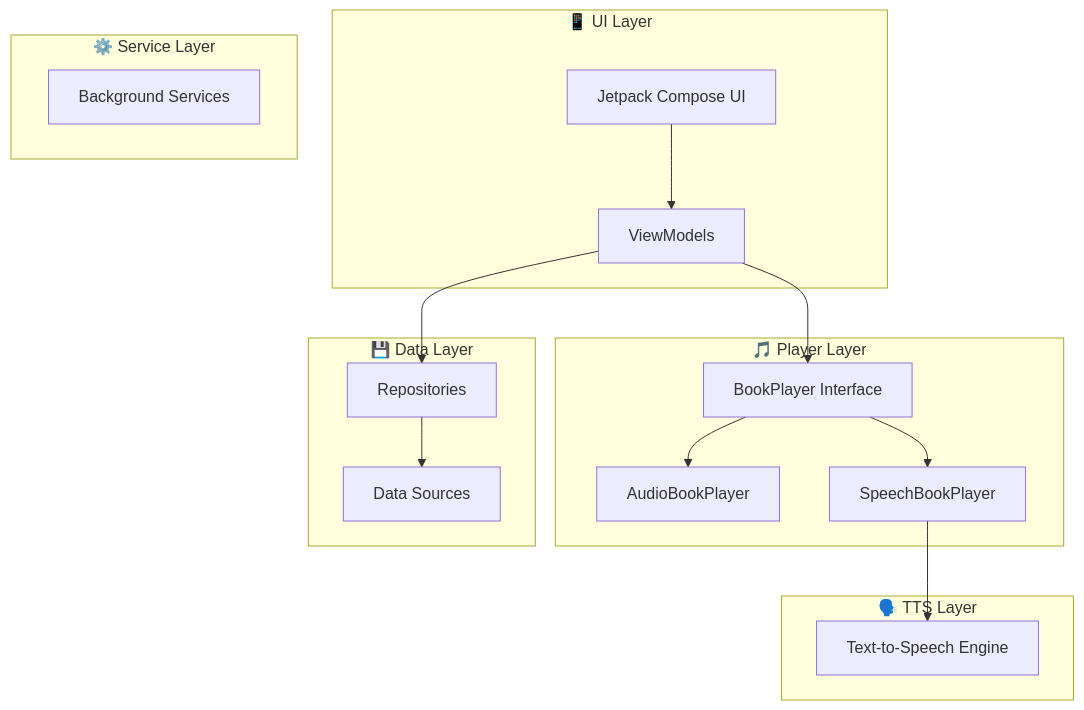
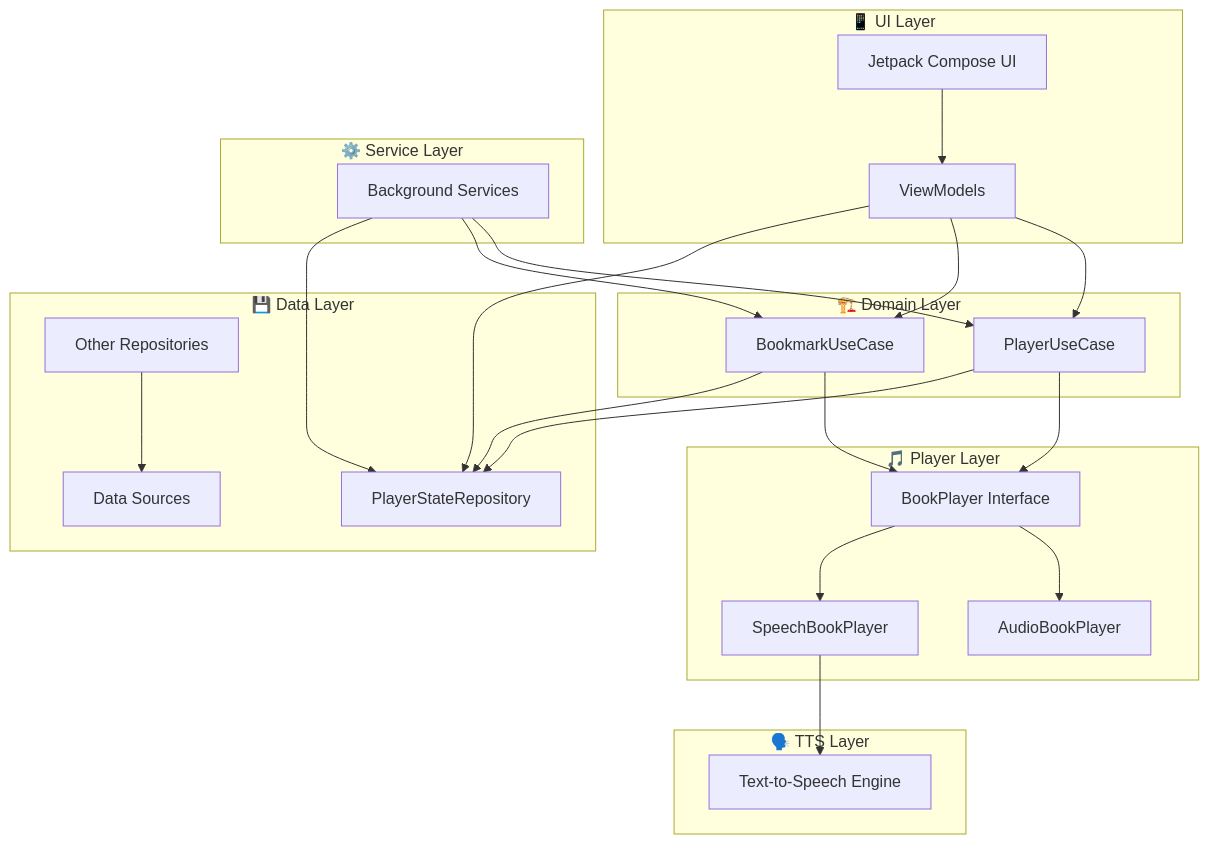
The diagram in README.md (answersolutionsapps/runandread-android), drawn with Mermaid before and after one commit. The commit also changed other lines of this file and 1 other file, not shown here.

````diff
--- a/README.md
+++ b/README.md
@@ -65,34 +65,48 @@
 ```mermaid
 graph TB
     subgraph "📱 UI Layer"
         UI[Jetpack Compose UI]
         VM[ViewModels]
+    end
+
+    subgraph "🏗️ Domain Layer"
+        PUC[PlayerUseCase]
+        BUC[BookmarkUseCase]
     end
 
     subgraph "🎵 Player Layer"
         BP[BookPlayer Interface]
         ABP[AudioBookPlayer]
         SBP[SpeechBookPlayer]
     end
 
     subgraph "🗣️ TTS Layer"
         TTS[Text-to-Speech Engine]
     end
 
     subgraph "💾 Data Layer"
-        REPO[Repositories]
+        PSR[PlayerStateRepository]
+        REPO[Other Repositories]
         DS[Data Sources]
     end
 
     subgraph "⚙️ Service Layer"
         PS[Background Services]
     end
 
     UI --> VM
-    VM --> REPO
-    VM --> BP
+    VM --> PUC
+    VM --> BUC
+    VM --> PSR
+    PS --> PUC
+    PS --> BUC
+    PS --> PSR
+    PUC --> BP
+    BUC --> BP
+    PUC --> PSR
+    BUC --> PSR
     BP --> ABP
     BP --> SBP
     SBP --> TTS
     REPO --> DS
 ```
````
